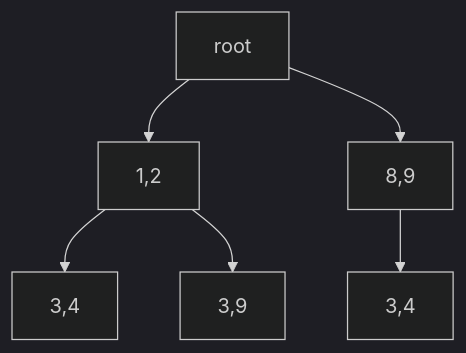
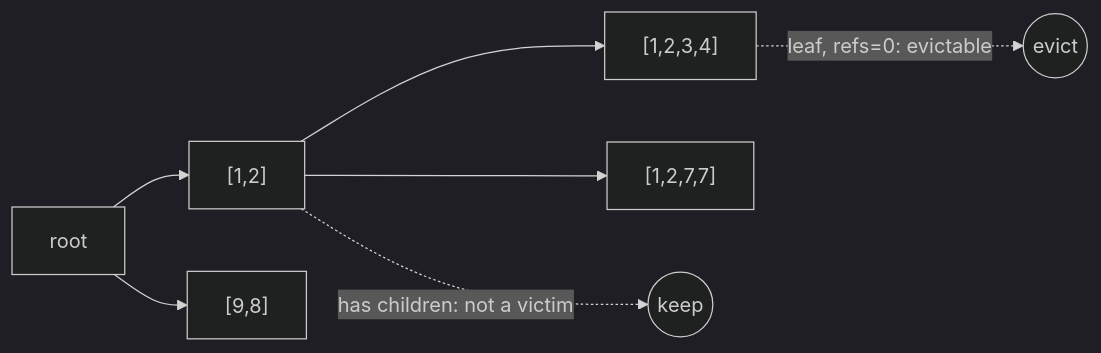
One commit to MiniYuanBot/mlsys-intermediate changed the diagram in course/modules/05-prefix-cache.md. Above: the diagram before and after it, drawn with Mermaid (dark theme). The commit also changed other lines of this file and 260 other files, not shown here.

````diff
--- a/course/modules/05-prefix-cache.md
+++ b/course/modules/05-prefix-cache.md
@@ -118,8 +212,9 @@
 ```mermaid
-flowchart TD
- R[root] --> A[1,2]
- A --> B[3,4]
- A --> C[3,9]
- R --> D[8,9]
- D --> E[3,4]
+flowchart LR
+  R[root] --> A["[1,2]"]
+  A --> B["[1,2,3,4]"]
+  A --> C["[1,2,7,7]"]
+  R --> D["[9,8]"]
+  B -. "leaf, refs=0: evictable" .-> X((evict))
+  A -. "has children: not a victim" .-> Y((keep))
 ```
````
